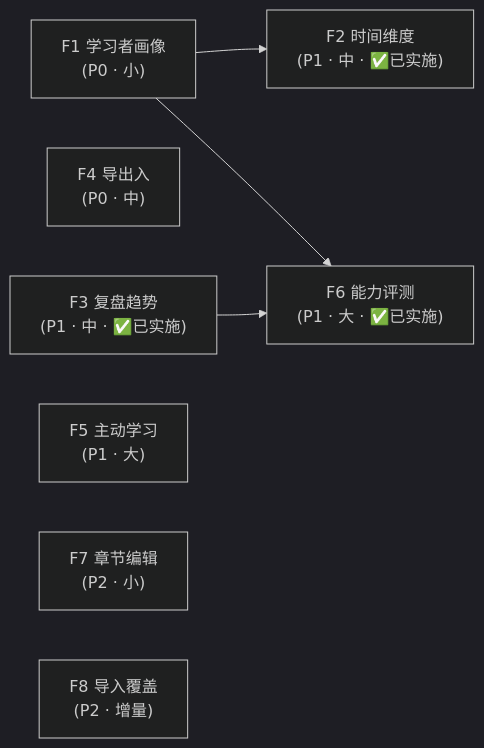
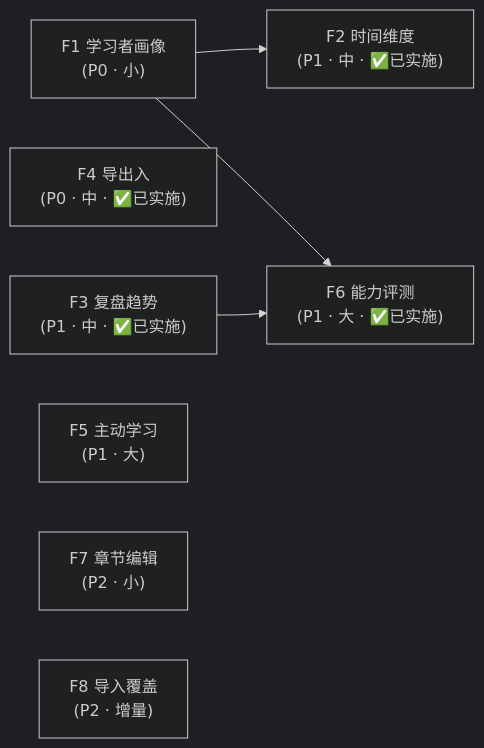
One commit to JackXuyi/Personal-Learning-OS changed the diagram in docs/roadmap-next-features-plan-2026-09.md. Above: the diagram before and after it, drawn with Mermaid (dark theme). The commit also changed other lines of this file and 5 other files, not shown here.

First line of the commit message:
docs: F4 数据可携带方案 + 实施 runbook + README/roadmap 同步（两条 P0 兑现）

````diff
--- a/docs/roadmap-next-features-plan-2026-09.md
+++ b/docs/roadmap-next-features-plan-2026-09.md
@@ -355,19 +367,19 @@
 ```mermaid
 flowchart LR
     F1["F1 学习者画像<br/>(P0 · 小)"]
-    F4["F4 导出入<br/>(P0 · 中)"]
+    F4["F4 导出入<br/>(P0 · 中 · ✅已实施)"]
     F3["F3 复盘趋势<br/>(P1 · 中 · ✅已实施)"]
     F2["F2 时间维度<br/>(P1 · 中 · ✅已实施)"]
     F5["F5 主动学习<br/>(P1 · 大)"]
     F6["F6 能力评测<br/>(P1 · 大 · ✅已实施)"]
     F7["F7 章节编辑<br/>(P2 · 小)"]
     F8["F8 导入覆盖<br/>(P2 · 增量)"]
 
     F1 --> F2
     F1 --> F6
     F3 --> F6
     F4
     F5
     F7
     F8
 ```
````
